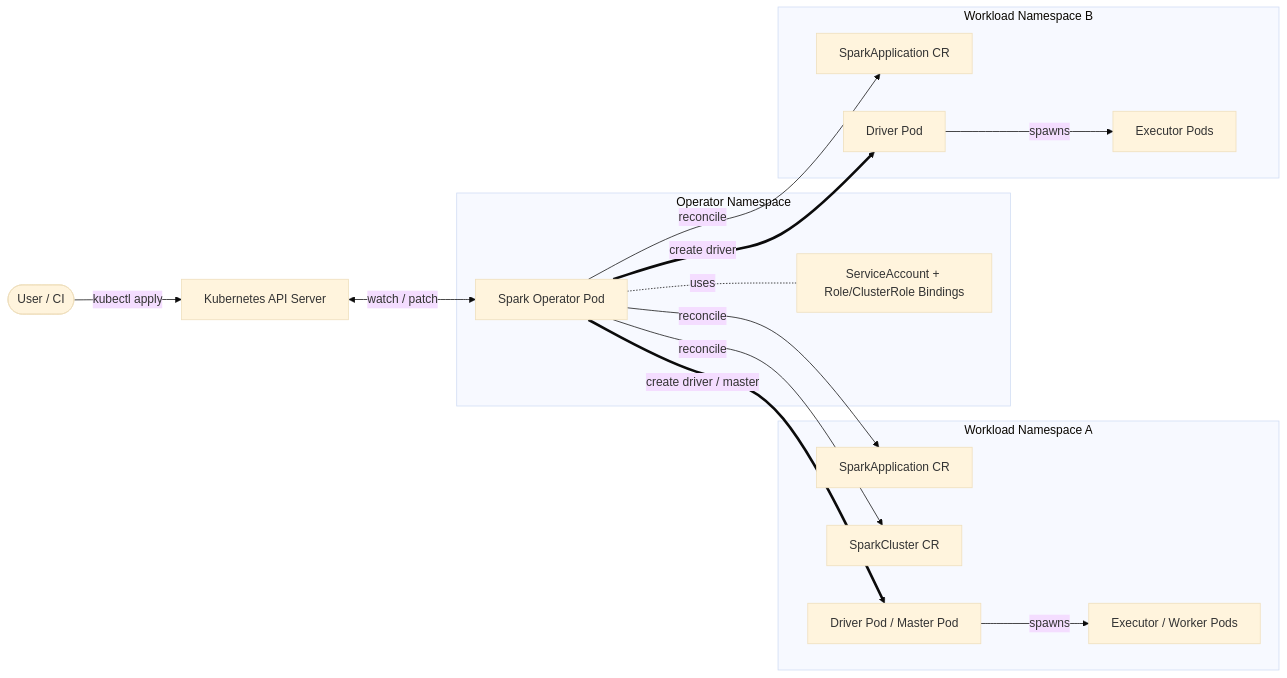
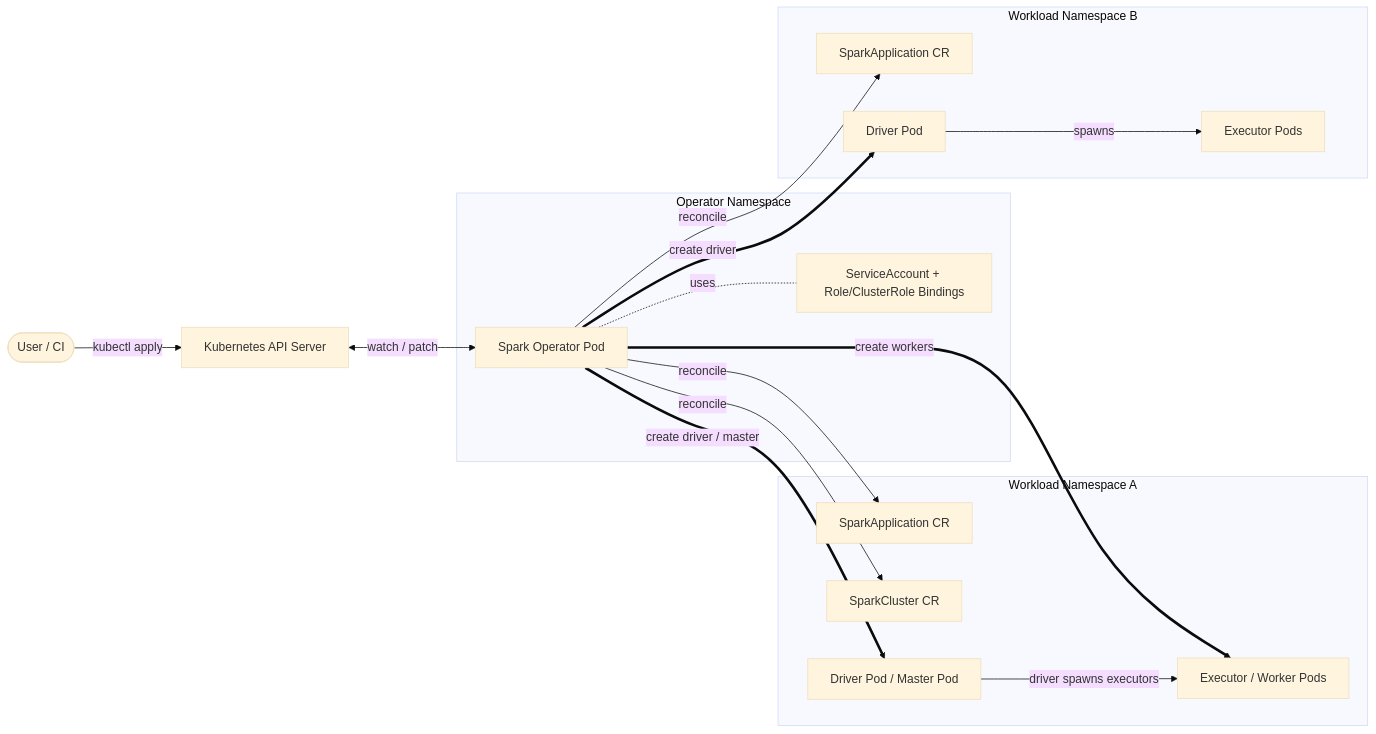
Before and after one commit to apache/spark-kubernetes-operator: the first of 3 diagrams in docs/architecture.md, drawn with Mermaid (base theme). The commit also changed other lines of this file, not shown here.

First line of the commit message:
[SPARK-59730] Update `architecture.md` to reflect the current code

````diff
--- a/docs/architecture.md
+++ b/docs/architecture.md
@@ -56,32 +56,33 @@
 ```mermaid
 flowchart LR
     user([User / CI]) -->|kubectl apply| api[Kubernetes API Server]
 
     subgraph operatorNs[Operator Namespace]
         op[Spark Operator Pod]
         sa[ServiceAccount + Role/ClusterRole Bindings]
         op -.uses.- sa
     end
 
     subgraph workloadA[Workload Namespace A]
         crA1[SparkApplication CR]
         crA2[SparkCluster CR]
         drvA[Driver Pod / Master Pod]
         execA[Executor / Worker Pods]
     end
 
     subgraph workloadB[Workload Namespace B]
         crB[SparkApplication CR]
         drvB[Driver Pod]
         execB[Executor Pods]
     end
 
     api <-->|watch / patch| op
     op -->|reconcile| crA1
     op -->|reconcile| crA2
     op -->|reconcile| crB
     op ==>|create driver / master| drvA
+    op ==>|create workers| execA
     op ==>|create driver| drvB
-    drvA -->|spawns| execA
+    drvA -->|driver spawns executors| execA
     drvB -->|spawns| execB
 ```
````
